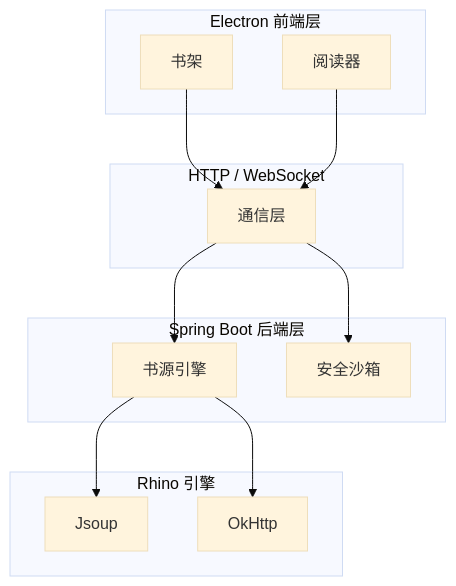
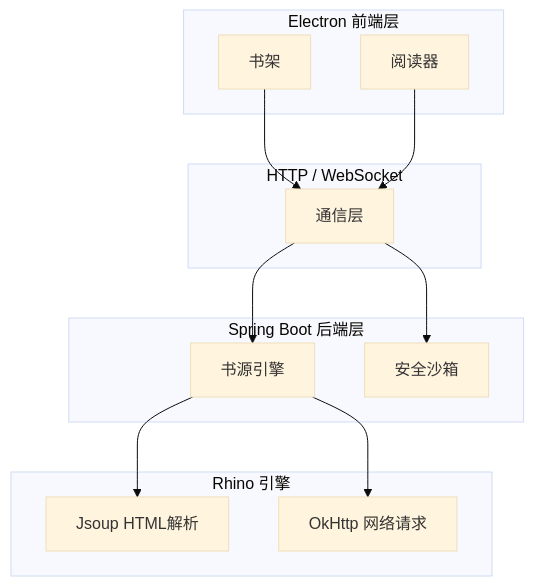
One commit to gncysy/moyue-reader changed the diagram in README.md. Above: the diagram before and after it, drawn with Mermaid (base theme). The commit also changed other lines of this file, not shown here.

````diff
--- a/README.md
+++ b/README.md
@@ -76,28 +88,28 @@
 ```mermaid
 graph TD
     subgraph Electron[Electron 前端层]
         A[书架]
         B[阅读器]
     end
 
     subgraph HTTP[HTTP / WebSocket]
         C[通信层]
     end
 
     subgraph Spring[Spring Boot 后端层]
         D[书源引擎]
         E[安全沙箱]
     end
 
     subgraph Rhino[Rhino 引擎]
-        F[Jsoup]
-        G[OkHttp]
+        F[Jsoup HTML解析]
+        G[OkHttp 网络请求]
     end
 
     A --> C
     B --> C
     C --> D
     C --> E
     D --> F
     D --> G
 ```
````
